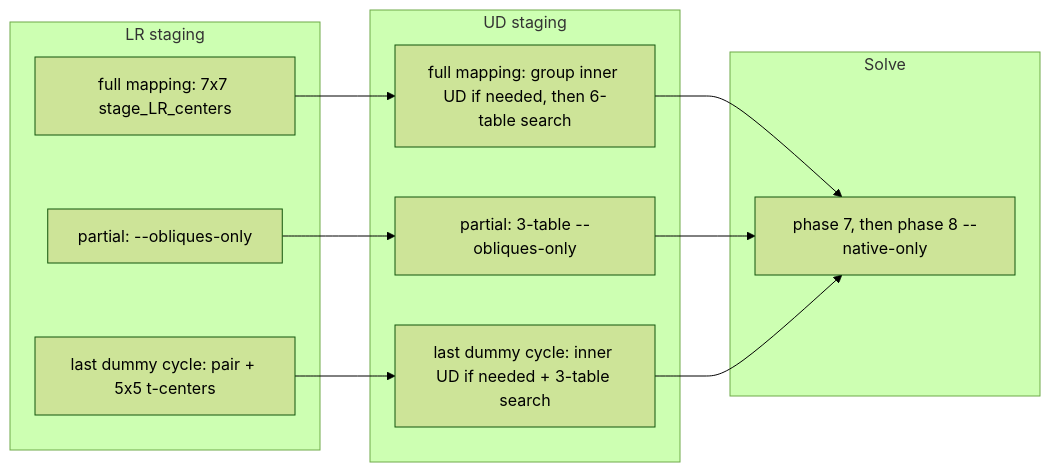
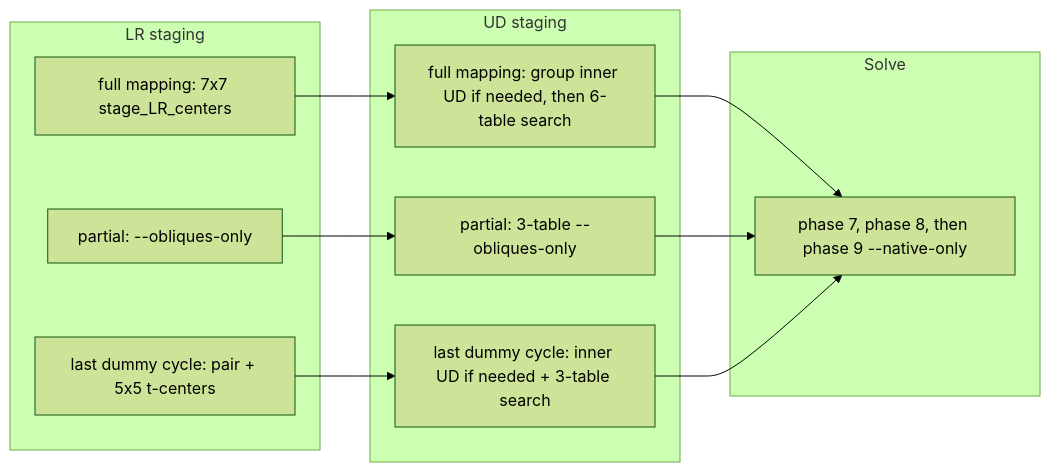
One commit to dwalton76/rubiks-cube-NxNxN-solver changed the second of 2 diagrams in AGENTS.md. Above: the diagram before and after it, drawn with Mermaid (forest theme). The commit also changed other lines of this file and 7 other files, not shown here.

````diff
--- a/AGENTS.md
+++ b/AGENTS.md
@@ -147,22 +147,22 @@
 ```mermaid
 flowchart LR
   subgraph lr [LR staging]
     LRfull["full mapping: 7x7 stage_LR_centers"]
     LRpair["partial: --obliques-only"]
     LRt["last dummy cycle: pair + 5x5 t-centers"]
   end
   subgraph ud [UD staging]
     UDfull["full mapping: group inner UD if needed, then 6-table search"]
     UDpair["partial: 3-table --obliques-only"]
     UDt["last dummy cycle: inner UD if needed + 3-table search"]
   end
   subgraph sol [Solve]
-    native["phase 7, then phase 8 --native-only"]
+    native["phase 7, phase 8, then phase 9 --native-only"]
   end
   LRfull --> UDfull
   LRpair --> UDpair
   LRt --> UDt
   UDfull --> native
   UDpair --> native
   UDt --> native
 ```
````
